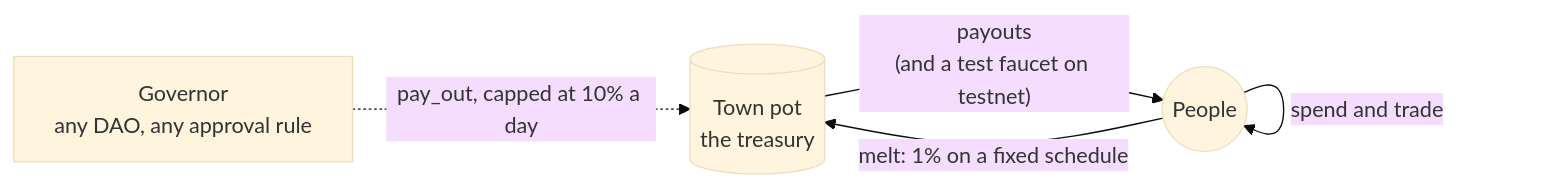
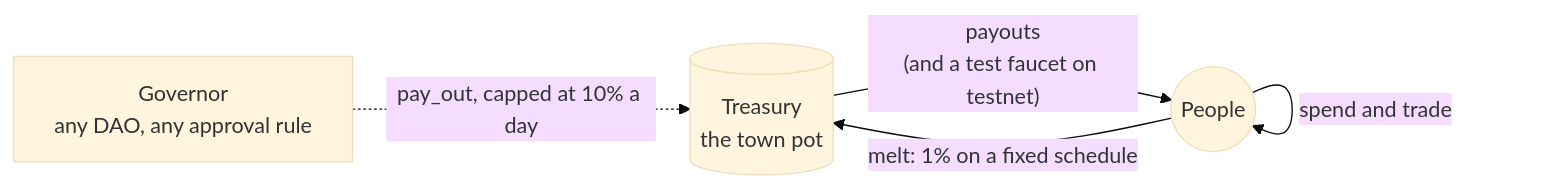
The diagram in README.md (Devendra116/worgl), drawn with Mermaid (base theme) before and after one commit. The commit also changed other lines of this file, not shown here.

````diff
--- a/README.md
+++ b/README.md
@@ -59,7 +53,7 @@
 ```mermaid
 flowchart LR
-    T[("Town pot<br/>the treasury")] -- "payouts<br/>(and a test faucet on testnet)" --> P(("People"))
+    T[("Treasury<br/>the town pot")] -- "payouts<br/>(and a test faucet on testnet)" --> P(("People"))
     P -- "spend and trade" --> P
     P -- "melt: 1% on a fixed schedule" --> T
     D["Governor<br/>any DAO, any approval rule"] -. "pay_out, capped at 10% a day" .-> T
 ```
````
